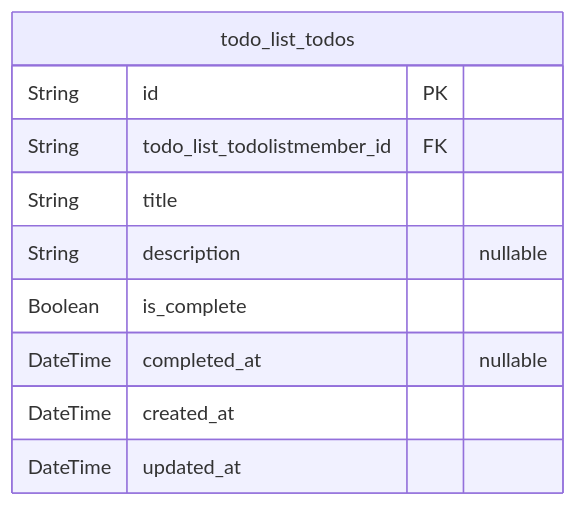
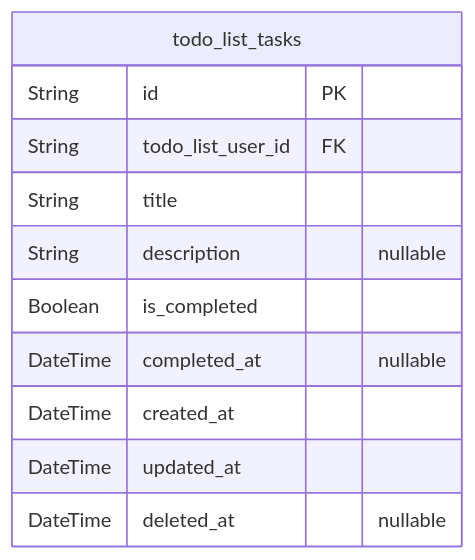
Before and after one commit to wrtnlabs/autobe-examples: the second of 2 diagrams in openai/gpt-4.1-mini/todo/docs/ERD.md, drawn with Mermaid. The commit also changed other lines of this file and 1725 other files, not shown here.

````diff
--- a/openai/gpt-4.1-mini/todo/docs/ERD.md
+++ b/openai/gpt-4.1-mini/todo/docs/ERD.md
@@ -90,13 +82,14 @@
 ```mermaid
 erDiagram
-"todo_list_todos" {
+"todo_list_tasks" {
   String id PK
-  String todo_list_todolistmember_id FK
+  String todo_list_user_id FK
   String title
   String description "nullable"
-  Boolean is_complete
+  Boolean is_completed
   DateTime completed_at "nullable"
   DateTime created_at
   DateTime updated_at
+  DateTime deleted_at "nullable"
 }
 ```
````
